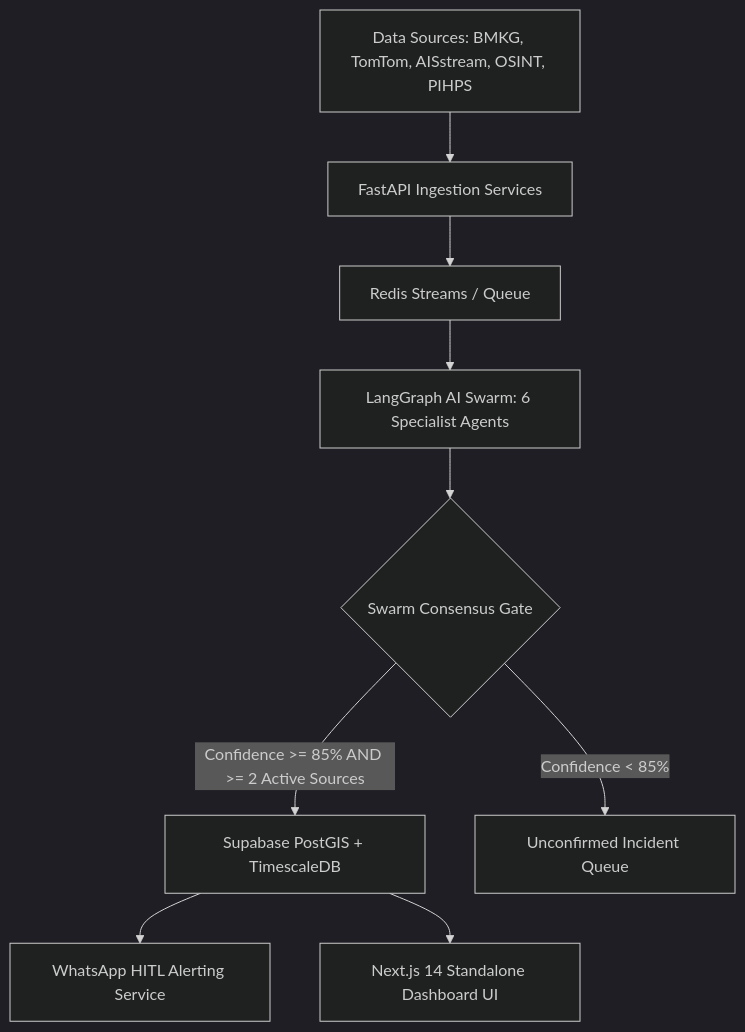
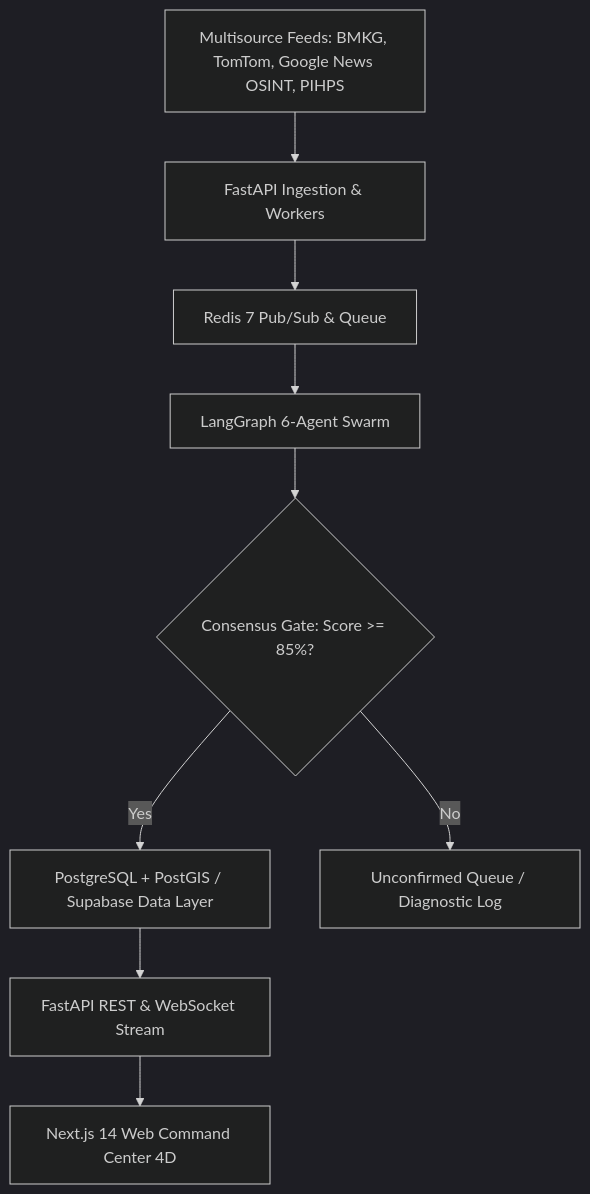
Before and after one commit to Zhav1/peta-nadi: the diagram in PRD.md, drawn with Mermaid (dark theme). The commit also changed other lines of this file and 108 other files, not shown here.

````diff
--- a/PRD.md
+++ b/PRD.md
@@ -42,11 +40,11 @@
 ```mermaid
 graph TD
-    A[Data Sources: BMKG, TomTom, AISstream, OSINT, PIHPS] --> B[FastAPI Ingestion Services]
-    B --> C[Redis Streams / Queue]
-    C --> D[LangGraph AI Swarm: 6 Specialist Agents]
-    D --> E{Swarm Consensus Gate}
-    E -- Confidence >= 85% AND >= 2 Active Sources --> F[Supabase PostGIS + TimescaleDB]
-    E -- Confidence < 85% --> G[Unconfirmed Incident Queue]
-    F --> H[WhatsApp HITL Alerting Service]
-    F --> I[Next.js 14 Standalone Dashboard UI]
+    A[Multisource Feeds: BMKG, TomTom, Google News OSINT, PIHPS] --> B[FastAPI Ingestion & Workers]
+    B --> C[Redis 7 Pub/Sub & Queue]
+    C --> D[LangGraph 6-Agent Swarm]
+    D --> E{Consensus Gate: Score >= 85%?}
+    E -- Yes --> F[PostgreSQL + PostGIS / Supabase Data Layer]
+    E -- No --> G[Unconfirmed Queue / Diagnostic Log]
+    F --> H[FastAPI REST & WebSocket Stream]
+    H --> I[Next.js 14 Web Command Center 4D]
 ```
````
